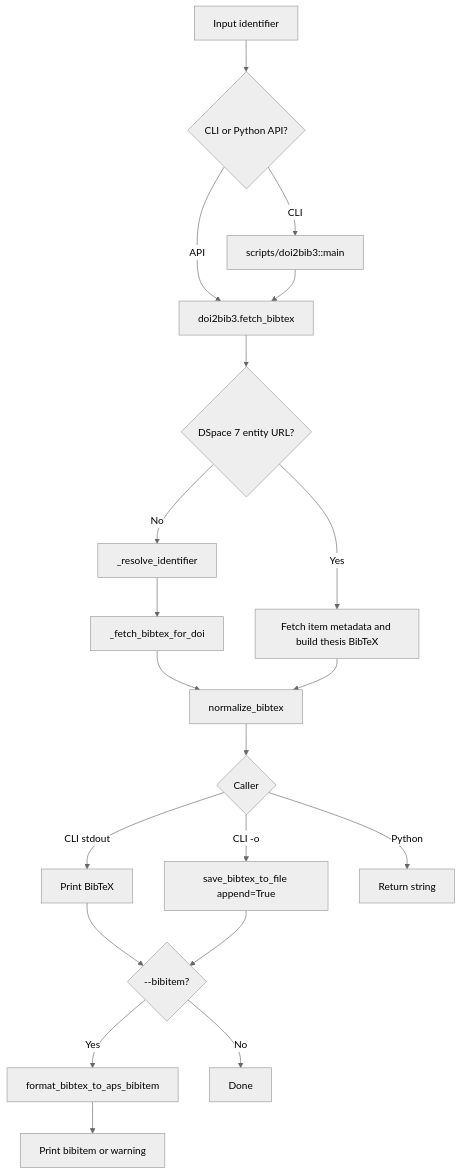
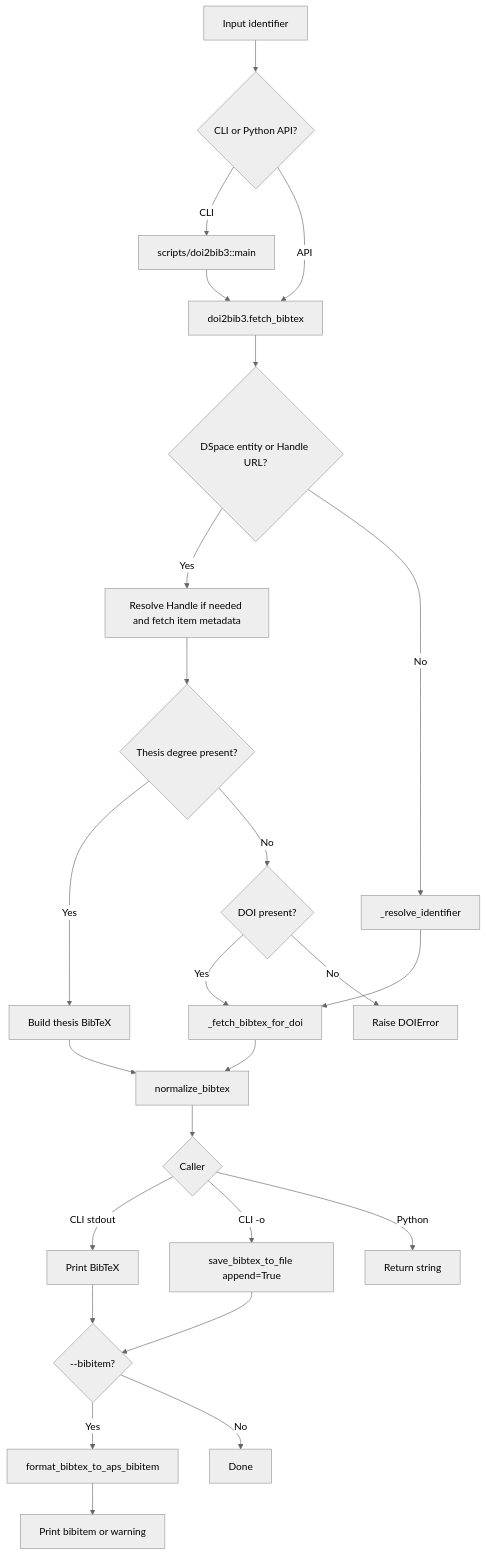
One commit to archisman-panigrahi/doi2bib3 changed the first of 4 diagrams in docs/ALGORITHM_VISUALS.md. Above: the diagram before and after it, drawn with Mermaid (neutral theme). The commit also changed other lines of this file and 3 other files, not shown here.

Commit message:
support https://hdl.handle.net links for dspace and also support papers on dspace

````diff
--- a/docs/ALGORITHM_VISUALS.md
+++ b/docs/ALGORITHM_VISUALS.md
@@ -7,22 +7,27 @@
 ```mermaid
 flowchart TD
     A[Input identifier] --> B{CLI or Python API?}
     B -->|CLI| C[scripts/doi2bib3::main]
     B -->|API| D[doi2bib3.fetch_bibtex]
     C --> D
-    D --> P{DSpace 7 entity URL?}
-    P -->|Yes| Q[Fetch item metadata and build thesis BibTeX]
+    D --> P{DSpace entity or Handle URL?}
+    P -->|Yes| Q[Resolve Handle if needed and fetch item metadata]
     P -->|No| E[_resolve_identifier]
+    Q --> R{Thesis degree present?}
+    R -->|Yes| S[Build thesis BibTeX]
+    R -->|No| T{DOI present?}
+    T -->|Yes| F
+    T -->|No| U[Raise DOIError]
     E --> F[_fetch_bibtex_for_doi]
     F --> G[normalize_bibtex]
-    Q --> G
+    S --> G
     G --> H{Caller}
     H -->|CLI stdout| I[Print BibTeX]
     H -->|CLI -o| J[save_bibtex_to_file append=True]
     H -->|Python| K[Return string]
     I --> L{--bibitem?}
     J --> L
     L -->|Yes| M[format_bibtex_to_aps_bibitem]
     L -->|No| N[Done]
     M --> O[Print bibitem or warning]
 ```
````
